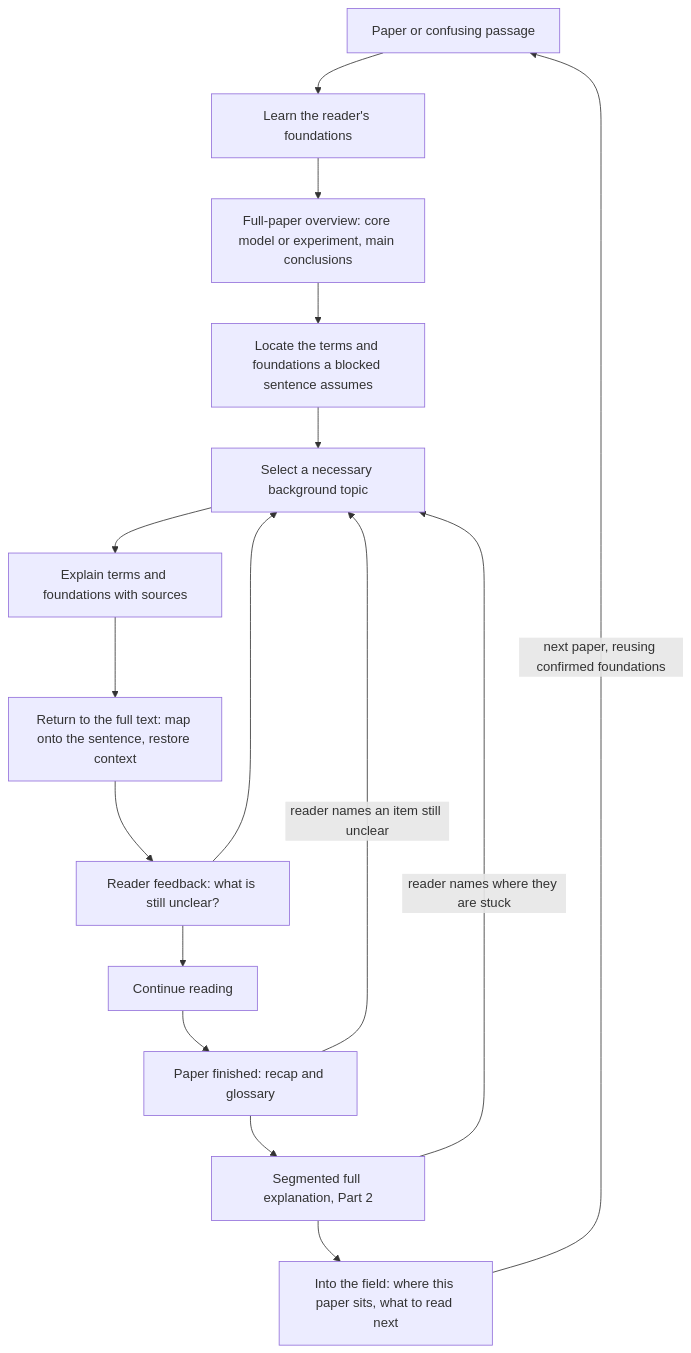
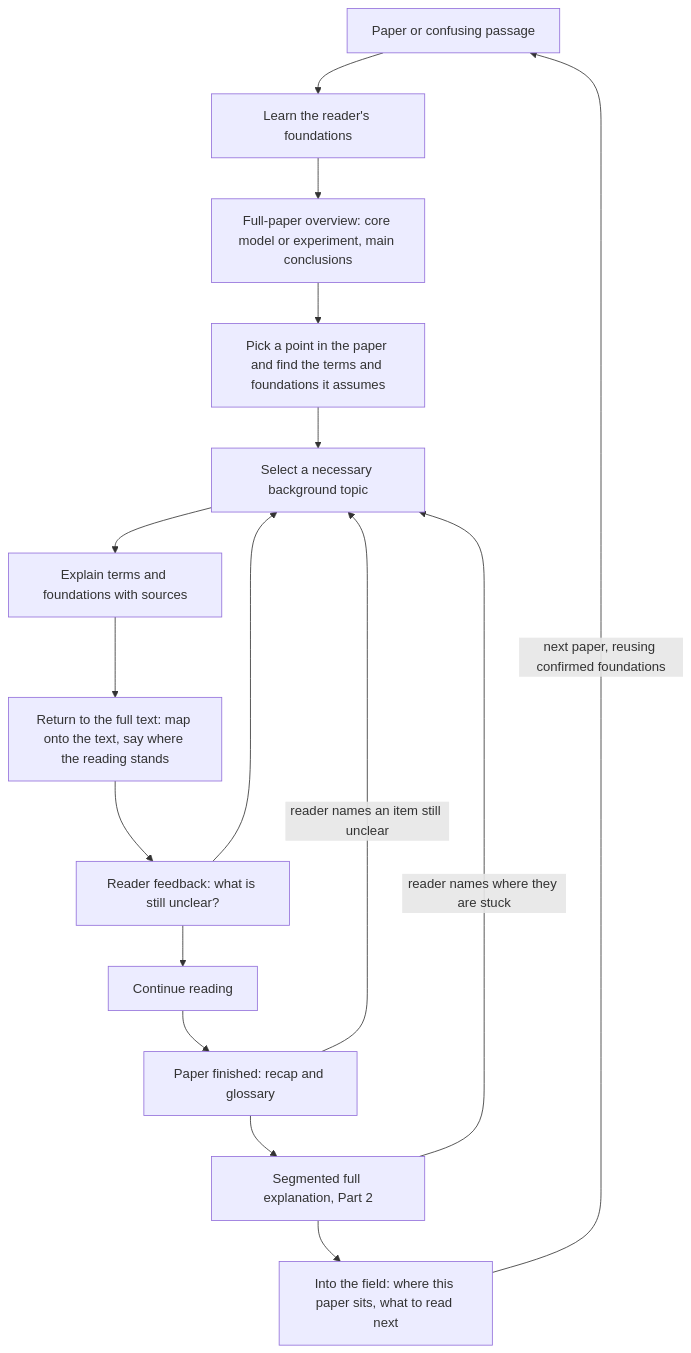
The diagram in README.md (relativity143/an-agent-for-paper-reading), drawn with Mermaid before and after one commit. The commit also changed other lines of this file and 2 other files, not shown here.

First line of the commit message:
docs: anchor explanations on a point in the paper and report progress

````diff
--- a/README.md
+++ b/README.md
@@ -80,18 +80,18 @@
 ```mermaid
 flowchart TD
     A[Paper or confusing passage] --> C[Learn the reader's foundations]
     C --> O[Full-paper overview: core model or experiment, main conclusions]
-    O --> B[Locate the terms and foundations a blocked sentence assumes]
+    O --> B[Pick a point in the paper and find the terms and foundations it assumes]
     B --> D[Select a necessary background topic]
     D --> E[Explain terms and foundations with sources]
-    E --> F[Return to the full text: map onto the sentence, restore context]
+    E --> F[Return to the full text: map onto the text, say where the reading stands]
     F --> G[Reader feedback: what is still unclear?]
     G --> D
     G --> H[Continue reading]
     H --> R[Paper finished: recap and glossary]
     R -->|reader names an item still unclear| D
     R --> P[Segmented full explanation, Part 2]
     P -->|reader names where they are stuck| D
     P --> Q[Into the field: where this paper sits, what to read next]
     Q -->|next paper, reusing confirmed foundations| A
 ```
````
